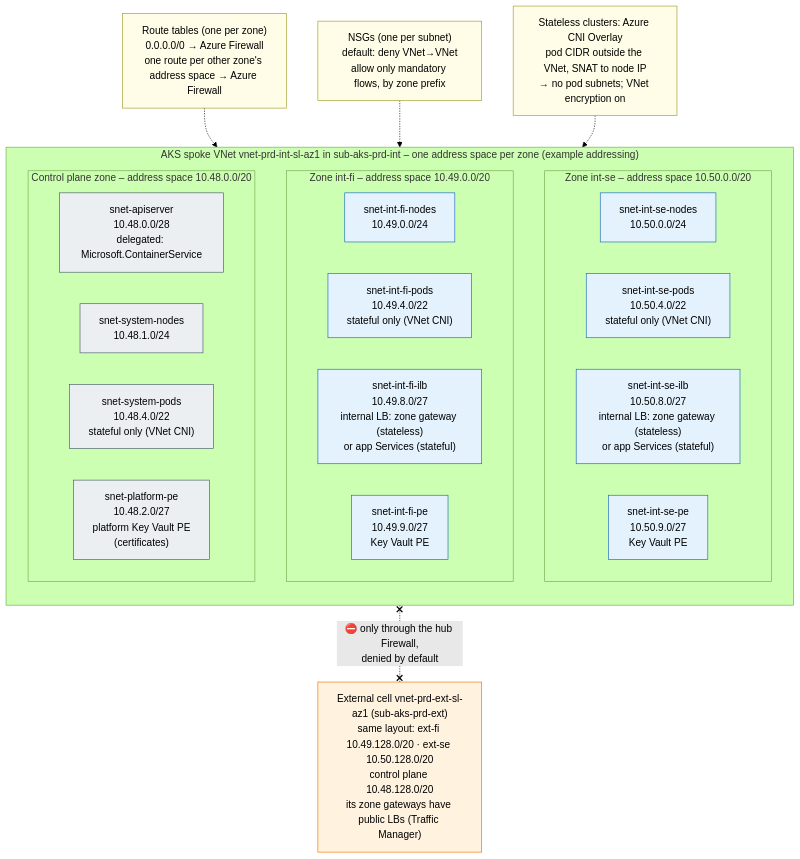
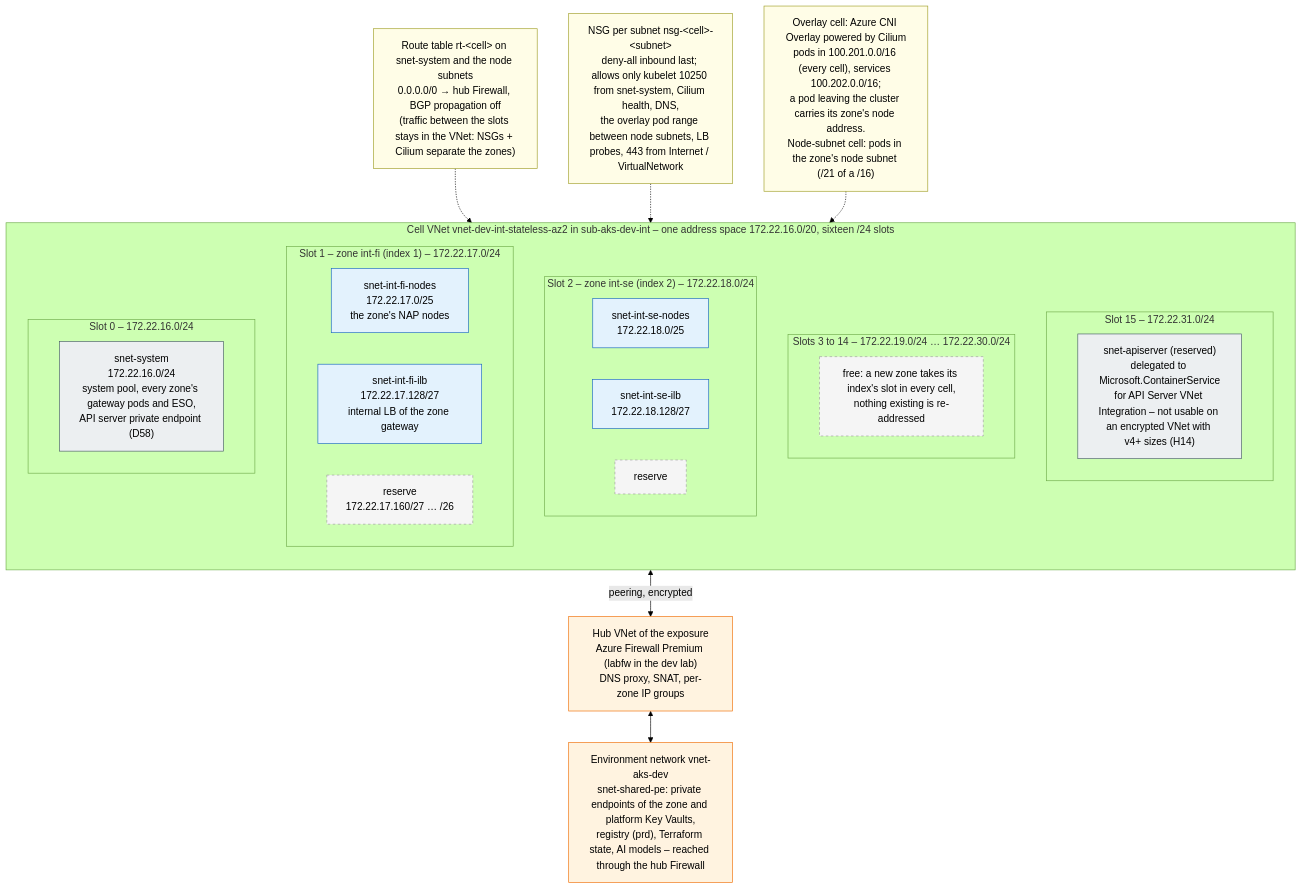
One commit to onek8s/onek8s.github.io changed the diagram in diagrams/2.1-network-subnets.mmd. Above: the diagram before and after it, drawn with Mermaid (forest theme). The commit also changed 30 other files, not shown here.

```diff
--- a/diagrams/2.1-network-subnets.mmd
+++ b/diagrams/2.1-network-subnets.mmd
@@ -1,49 +1,58 @@
-%% Subnet layout of an AKS spoke VNet, here an internal cell's. Every subnet has its own NSG and UDR.
-%% Every zone is its own address space of the VNet, taken from the zone prefix of the address plan (section 3.1).
-%% Internal and external are separate clusters and subscriptions (D52): an external cell's VNet
-%% (vnet-prd-ext-sl-az1) is the same with ext-fi / ext-se from the external halves (10.49.128.0/20, 10.50.128.0/20)
-%% and its control plane zone from 10.48.128.0/20.
-%% Pod subnets exist only in the stateful cluster (VNet CNI); stateless clusters use Azure CNI Overlay.
+%% Subnet layout of an AKS spoke VNet, here an internal overlay cell with the dev lab's addressing (172.22.16.0/20).
+%% One address space per cell, cut into sixteen equal slots: slot 0 the system subnet, slots 1-14 the isolation
+%% zones by their index (the same index in every cell of the exposure), slot 15 reserved for the delegated API
+%% server subnet of VNet integration (H14). In a zone's slot the first half is the node subnet and the fifth eighth
+%% the load balancer subnet; the rest is reserve (address plan, section 3.1). A node-subnet cell (D59) is the same
+%% with a /16 of 100.64.0.0/10 and its pods in the node subnets. Private endpoints are not in the cells (snet-shared-pe).
+%% Internal and external are separate clusters and subscriptions (D52): an external cell's VNet is the same layout
+%% with ext-fi / ext-se in its slots and public load balancers for its zone gateways.
 flowchart TB
-    subgraph VNET["AKS spoke VNet vnet-prd-int-sl-az1 in sub-aks-prd-int – one address space per zone (example addressing)"]
+    subgraph VNET["Cell VNet vnet-dev-int-stateless-az2 in sub-aks-dev-int – one address space 172.22.16.0/20, sixteen /24 slots"]
         direction TB
-        subgraph ISE["Zone int-se – address space 10.50.0.0/20"]
+        subgraph S15["Slot 15 – 172.22.31.0/24"]
             direction LR
-            ise_n["snet-int-se-nodes<br/>10.50.0.0/24"]
-            ise_p["snet-int-se-pods<br/>10.50.4.0/22<br/>stateful only (VNet CNI)"]
-            ise_i["snet-int-se-ilb<br/>10.50.8.0/27<br/>internal LB: zone gateway (stateless)<br/>or app Services (stateful)"]
-            ise_pe["snet-int-se-pe<br/>10.50.9.0/27<br/>Key Vault PE"]
+            api["snet-apiserver (reserved)<br/>delegated to Microsoft.ContainerService<br/>for API Server VNet Integration – not usable on an encrypted VNet with v4+ sizes (H14)"]
         end
-        subgraph IFI["Zone int-fi – address space 10.49.0.0/20"]
+        subgraph SF["Slots 3 to 14 – 172.22.19.0/24 … 172.22.30.0/24"]
             direction LR
-            ifi_n["snet-int-fi-nodes<br/>10.49.0.0/24"]
-            ifi_p["snet-int-fi-pods<br/>10.49.4.0/22<br/>stateful only (VNet CNI)"]
-            ifi_i["snet-int-fi-ilb<br/>10.49.8.0/27<br/>internal LB: zone gateway (stateless)<br/>or app Services (stateful)"]
-            ifi_pe["snet-int-fi-pe<br/>10.49.9.0/27<br/>Key Vault PE"]
+            free["free: a new zone takes its index's slot in every cell,<br/>nothing existing is re-addressed"]
         end
-        subgraph CP["Control plane zone – address space 10.48.0.0/20"]
+        subgraph S2["Slot 2 – zone int-se (index 2) – 172.22.18.0/24"]
             direction LR
-            s_api["snet-apiserver<br/>10.48.0.0/28<br/>delegated: Microsoft.ContainerService"]
-            s_sysn["snet-system-nodes<br/>10.48.1.0/24"]
-            s_sysp["snet-system-pods<br/>10.48.4.0/22<br/>stateful only (VNet CNI)"]
-            s_ppe["snet-platform-pe<br/>10.48.2.0/27<br/>platform Key Vault PE<br/>(certificates)"]
+            ise_n["snet-int-se-nodes<br/>172.22.18.0/25"]
+            ise_i["snet-int-se-ilb<br/>172.22.18.128/27"]
+            ise_r["reserve"]
+        end
+        subgraph S1["Slot 1 – zone int-fi (index 1) – 172.22.17.0/24"]
+            direction LR
+            ifi_n["snet-int-fi-nodes<br/>172.22.17.0/25<br/>the zone's NAP nodes"]
+            ifi_i["snet-int-fi-ilb<br/>172.22.17.128/27<br/>internal LB of the zone gateway"]
+            ifi_r["reserve<br/>172.22.17.160/27 … /26"]
+        end
+        subgraph S0["Slot 0 – 172.22.16.0/24"]
+            direction LR
+            sys["snet-system<br/>172.22.16.0/24<br/>system pool, every zone's gateway pods and ESO,<br/>API server private endpoint (D58)"]
         end
     end
 
-    ext["External cell vnet-prd-ext-sl-az1 (sub-aks-prd-ext)<br/>same layout: ext-fi 10.49.128.0/20 · ext-se 10.50.128.0/20<br/>control plane 10.48.128.0/20<br/>its zone gateways have public LBs (Traffic Manager)"]
-    rt["Route tables (one per zone)<br/>0.0.0.0/0 → Azure Firewall<br/>one route per other zone's address space → Azure Firewall"]
-    nsg["NSGs (one per subnet)<br/>default: deny VNet→VNet<br/>allow only mandatory flows, by zone prefix"]
-    cni["Stateless clusters: Azure CNI Overlay<br/>pod CIDR outside the VNet, SNAT to node IP<br/>→ no pod subnets; VNet encryption on"]
+    shared["Environment network vnet-aks-dev<br/>snet-shared-pe: private endpoints of the zone and platform Key Vaults,<br/>registry (prd), Terraform state, AI models – reached through the hub Firewall"]
+    hub["Hub VNet of the exposure<br/>Azure Firewall Premium (labfw in the dev lab)<br/>DNS proxy, SNAT, per-zone IP groups"]
+    rt["Route table rt-&lt;cell&gt; on snet-system and the node subnets<br/>0.0.0.0/0 → hub Firewall, BGP propagation off<br/>(traffic between the slots stays in the VNet: NSGs + Cilium separate the zones)"]
+    nsg["NSG per subnet nsg-&lt;cell&gt;-&lt;subnet&gt;<br/>deny-all inbound last; allows only kubelet 10250 from snet-system, Cilium health, DNS,<br/>the overlay pod range between node subnets, LB probes, 443 from Internet / VirtualNetwork"]
+    cni["Overlay cell: Azure CNI Overlay powered by Cilium<br/>pods in 100.201.0.0/16 (every cell), services 100.202.0.0/16;<br/>a pod leaving the cluster carries its zone's node address.<br/>Node-subnet cell: pods in the zone's node subnet (/21 of a /16)"]
     rt -.-> VNET
     nsg -.-> VNET
     cni -.-> VNET
-    VNET x-.-x|"⛔ only through the hub Firewall,<br/>denied by default"| ext
+    VNET <-->|"peering, encrypted"| hub
+    hub <--> shared
 
     classDef cp fill:#eceff1,stroke:#455a64,color:#000
     classDef int fill:#e3f2fd,stroke:#1565c0,color:#000
+    classDef res fill:#f5f5f5,stroke:#9e9e9e,color:#000,stroke-dasharray: 4 4
+    classDef note fill:#fffde7,stroke:#9e9d24,color:#000
     classDef ext fill:#fff3e0,stroke:#ef6c00,color:#000
-    classDef note fill:#fffde7,stroke:#9e9d24,color:#000
-    class s_api,s_sysn,s_sysp,s_ppe cp
-    class ifi_n,ifi_p,ifi_i,ifi_pe,ise_n,ise_p,ise_i,ise_pe int
-    class ext ext
+    class sys,api cp
+    class ifi_n,ifi_i,ise_n,ise_i int
+    class ifi_r,ise_r,free res
     class rt,nsg,cni note
+    class shared,hub ext
```
